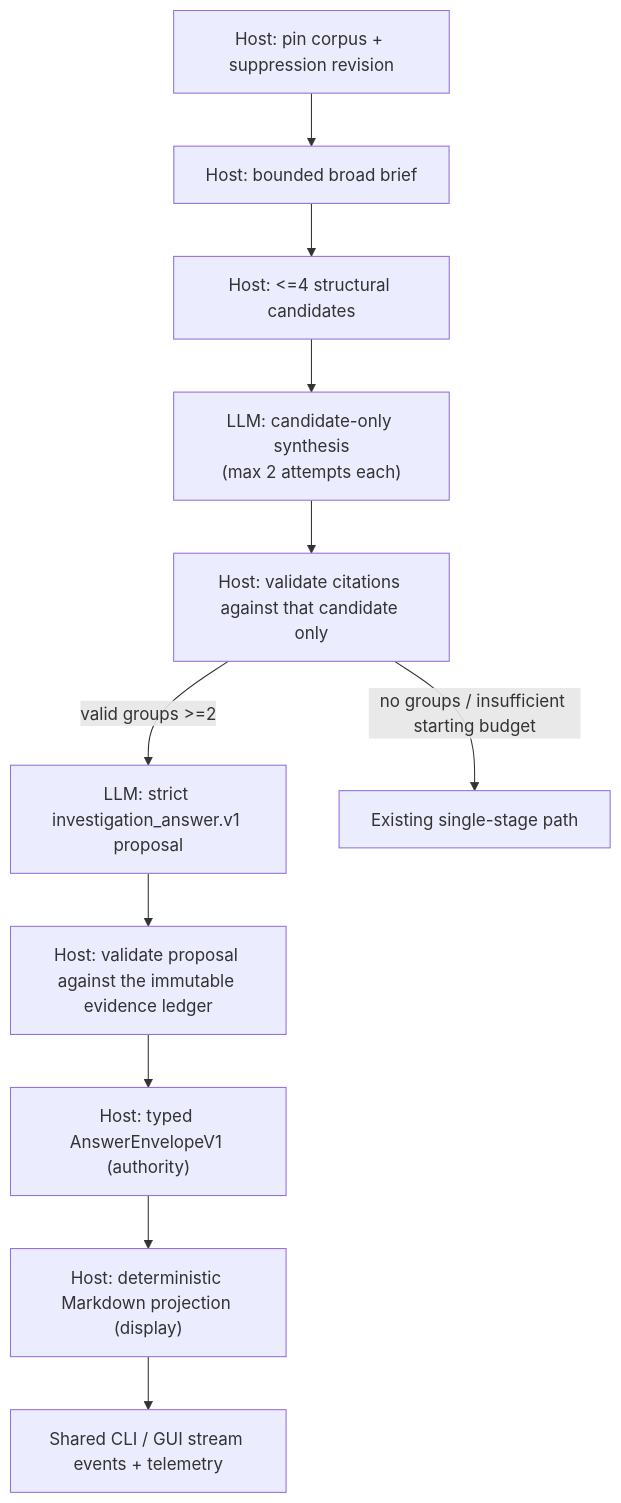
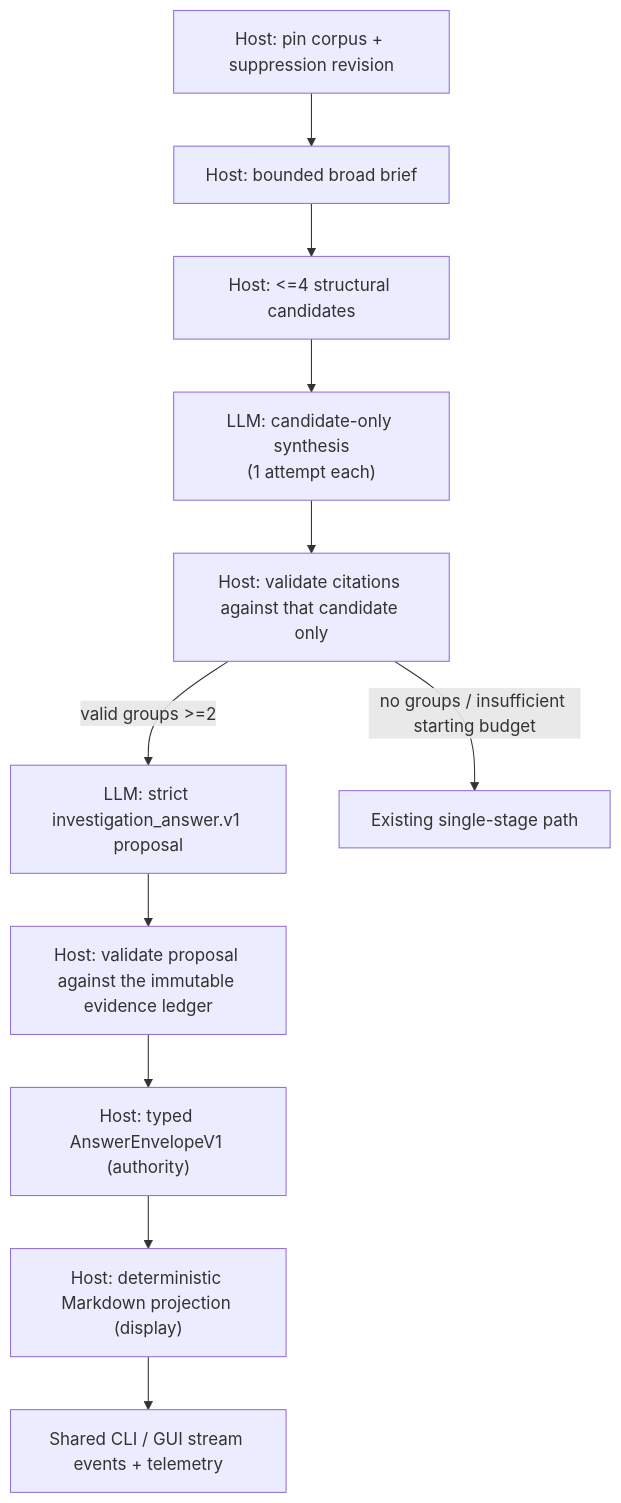
One commit to chriscase/ContextDesk changed the diagram in docs/design/proven-methods/BOUNDED_MULTI_STAGE_BROAD_TRIAGE.md. Above: the diagram before and after it, drawn with Mermaid. The commit also changed other lines of this file and 4 other files, not shown here.

````diff
--- a/docs/design/proven-methods/BOUNDED_MULTI_STAGE_BROAD_TRIAGE.md
+++ b/docs/design/proven-methods/BOUNDED_MULTI_STAGE_BROAD_TRIAGE.md
@@ -9,13 +9,13 @@
 ```mermaid
 flowchart TD
     H["Host: pin corpus + suppression revision"] --> B["Host: bounded broad brief"]
     B --> C["Host: <=4 structural candidates"]
-    C --> S["LLM: candidate-only synthesis\n(max 2 attempts each)"]
+    C --> S["LLM: candidate-only synthesis\n(1 attempt each)"]
     S --> V["Host: validate citations against that candidate only"]
     V -->|"valid groups >=2"| F["LLM: strict investigation_answer.v1 proposal"]
     V -->|"no groups / insufficient starting budget"| L["Existing single-stage path"]
     F --> G["Host: validate proposal against the immutable evidence ledger"]
     G --> E["Host: typed AnswerEnvelopeV1 (authority)"]
     E --> M["Host: deterministic Markdown projection (display)"]
     M --> O["Shared CLI / GUI stream events + telemetry"]
 ```
````
